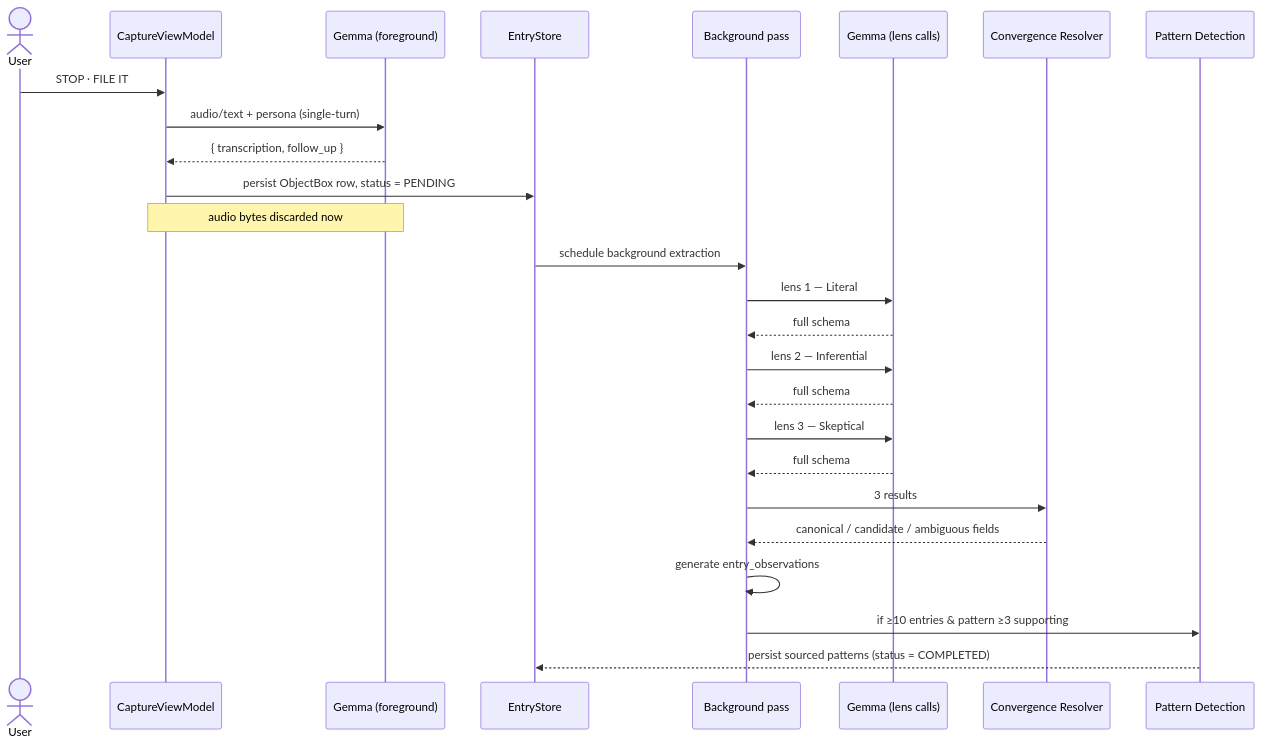
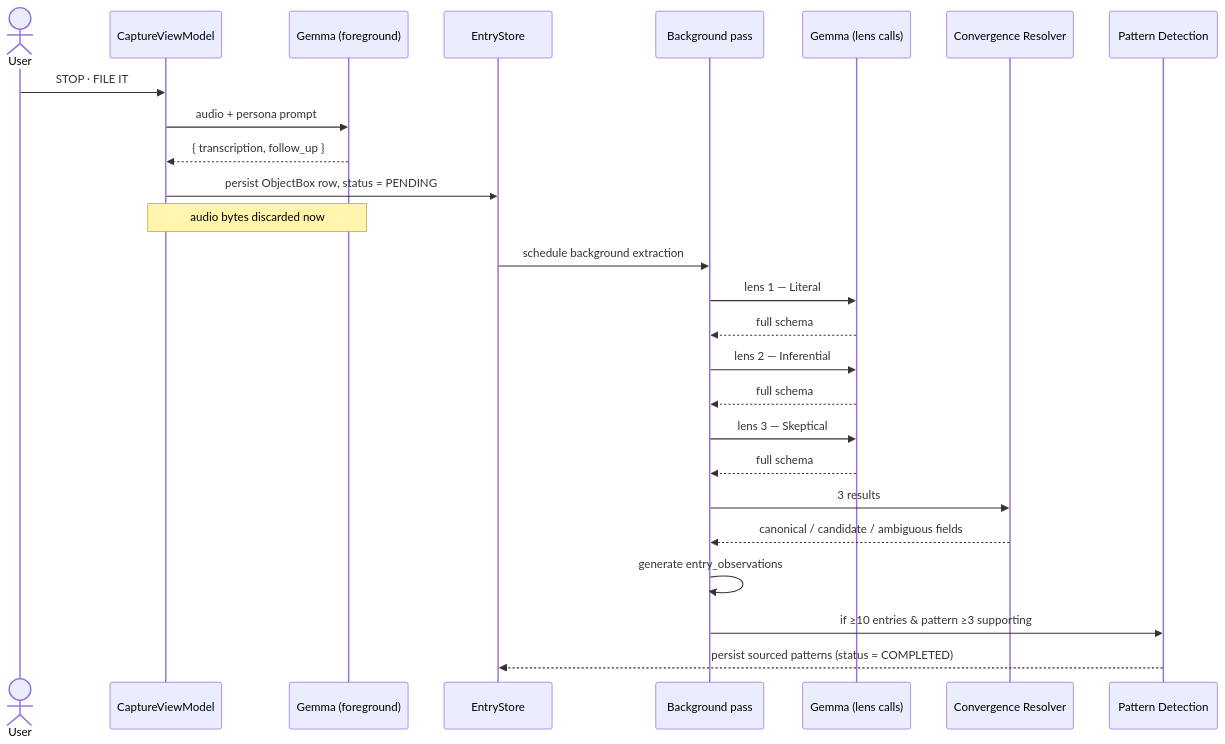
One commit to anchildress1/vestige changed the second of 5 diagrams in docs/diagrams/llm-functionality.md. Above: the diagram before and after it, drawn with Mermaid. The commit also changed other lines of this file and 39 other files, not shown here.

First line of the commit message:
Draft: foreground inference preempts background extraction (#52)

````diff
--- a/docs/diagrams/llm-functionality.md
+++ b/docs/diagrams/llm-functionality.md
@@ -52,32 +52,32 @@
 ```mermaid
 sequenceDiagram
     accTitle: Two-tier foreground and background inference sequence
-    accDescr: User stops recording. The foreground Gemma call returns transcription and follow-up. EntryStore persists an ObjectBox row and marks extraction PENDING. The background pass runs three sequential lens calls, the resolver writes fields, entry observations are generated, then pattern detection runs if the threshold is met.
+    accDescr: User stops recording. The foreground Gemma call returns transcription and one follow-up. EntryStore persists an ObjectBox row and marks extraction PENDING. The background pass runs three sequential lens calls, the resolver writes fields, entry observations are generated, then pattern detection runs if the threshold is met.
 
     actor U as User
     participant Cap as CaptureViewModel
     participant FG as Gemma (foreground)
     participant ES as EntryStore
     participant BG as Background pass
     participant LM as Gemma (lens calls)
     participant CR as Convergence Resolver
     participant PD as Pattern Detection
 
     U->>Cap: STOP · FILE IT
-    Cap->>FG: audio/text + persona (single-turn)
+    Cap->>FG: audio + persona prompt
     FG-->>Cap: { transcription, follow_up }
     Cap->>ES: persist ObjectBox row, status = PENDING
     Note over FG,Cap: audio bytes discarded now
     ES->>BG: schedule background extraction
     BG->>LM: lens 1 — Literal
     LM-->>BG: full schema
     BG->>LM: lens 2 — Inferential
     LM-->>BG: full schema
     BG->>LM: lens 3 — Skeptical
     LM-->>BG: full schema
     BG->>CR: 3 results
     CR-->>BG: canonical / candidate / ambiguous fields
     BG->>BG: generate entry_observations
     BG->>PD: if ≥10 entries & pattern ≥3 supporting
     PD-->>ES: persist sourced patterns (status = COMPLETED)
 ```
````
